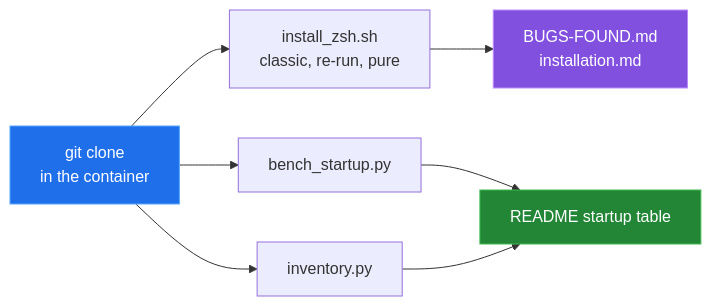
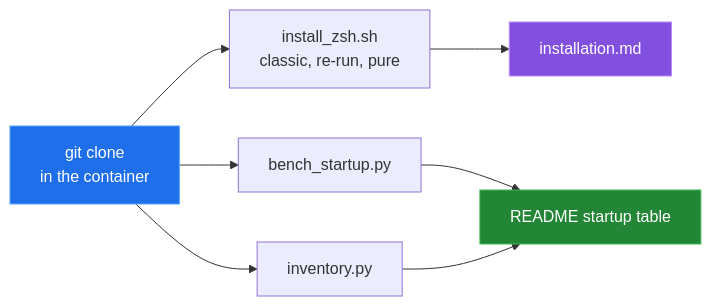
Before and after one commit to Bissbert/zsh.dotfiles: the diagram in docs/measurement.md, drawn with Mermaid. The commit also changed other lines of this file and 7 other files, not shown here.

Commit message:
Docs: drop BUGS-FOUND.md, bugs are tracked as issues

````diff
--- a/docs/measurement.md
+++ b/docs/measurement.md
@@ -20,13 +20,13 @@
 ```mermaid
 flowchart LR
     A["git clone<br/>in the container"] --> B["install_zsh.sh<br/>classic, re-run, pure"]
     A --> C["bench_startup.py"]
     A --> D["inventory.py"]
-    B --> E["BUGS-FOUND.md<br/>installation.md"]
+    B --> E["installation.md"]
     C --> F["README startup table"]
     D --> F
 
     style A fill:#1f6feb,stroke:#58a6ff,color:#fff
     style E fill:#8250df,stroke:#bc8cff,color:#fff
     style F fill:#238636,stroke:#3fb950,color:#fff
 ```
````
